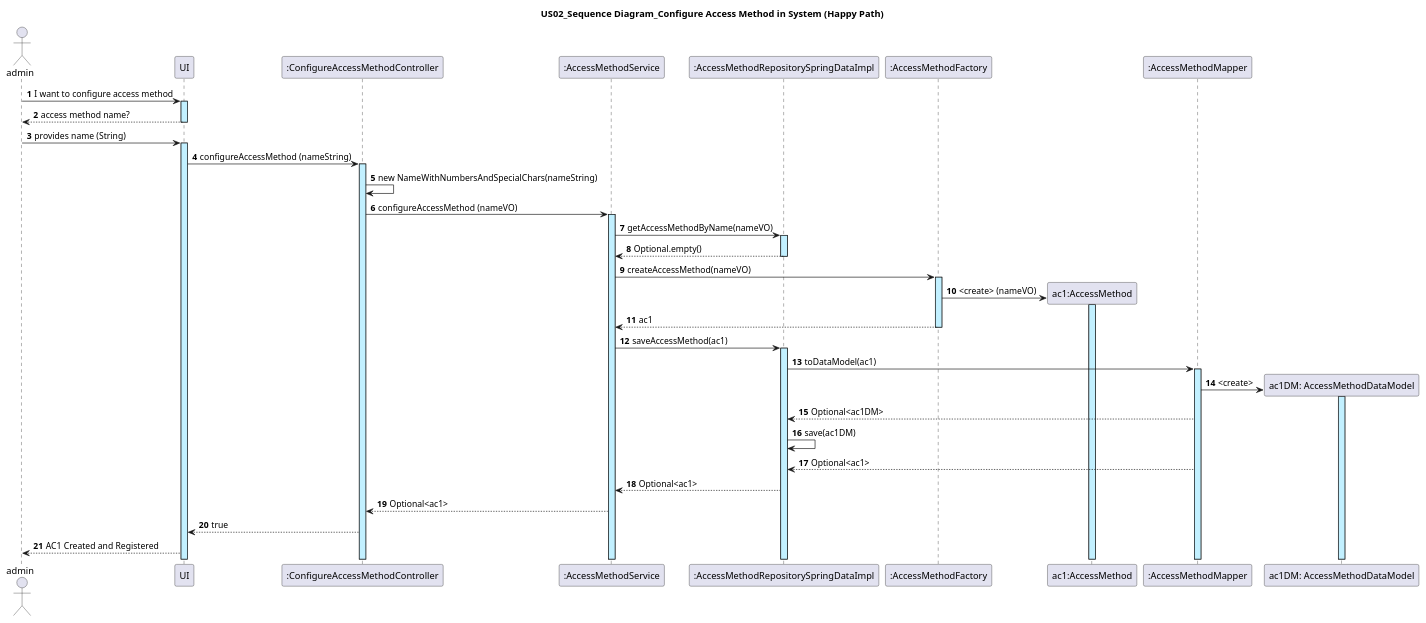
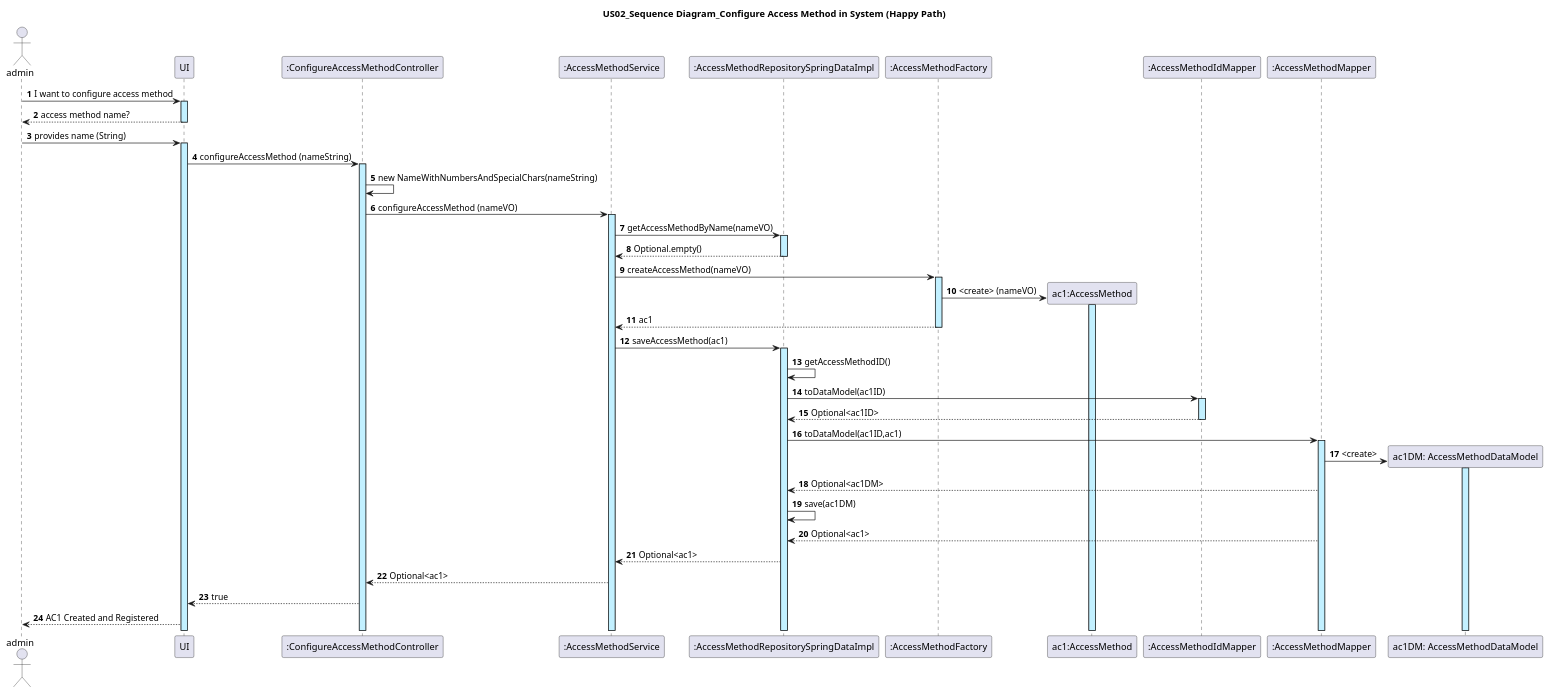
The diagram in docs/US02/US02_ConfigureAccessMethod_JPA_SequenceDiagram.puml (GasparISEP/DevOps-PAI), drawn with PlantUML before and after one commit.

Commit message:
Update US02 JPA sequence diagram with ID Mapper to persist ID DataModel and Entity DataModel. refs #299

```diff
--- a/docs/US02/US02_ConfigureAccessMethod_JPA_SequenceDiagram.puml
+++ b/docs/US02/US02_ConfigureAccessMethod_JPA_SequenceDiagram.puml
@@ -1,32 +1,35 @@
 @startuml
 actor admin
 autonumber
 
 title: US02_Sequence Diagram_Configure Access Method in System (Happy Path)
 
 admin -> UI ++ #application : I want to configure access method
 UI --> admin -- : access method name?
 admin -> UI ++ #application :provides name (String)
     UI -> ":ConfigureAccessMethodController" as ConfigureAccessMethodController ++ #application : configureAccessMethod (nameString)
 
 ConfigureAccessMethodController -> ConfigureAccessMethodController: new NameWithNumbersAndSpecialChars(nameString)
 
 ConfigureAccessMethodController -> ":AccessMethodService" ++ #application : configureAccessMethod (nameVO)
 ":AccessMethodService" -> ":AccessMethodRepositorySpringDataImpl" ++ #application:  getAccessMethodByName(nameVO)
 ":AccessMethodRepositorySpringDataImpl" --> ":AccessMethodService" -- #application: Optional.empty()
 ":AccessMethodService" -> ":AccessMethodFactory" as AccessMethodFactory ++ #application: createAccessMethod(nameVO)
 create "ac1:AccessMethod" as AccessMethod
 AccessMethodFactory -> AccessMethod  ++ #application  : <create> (nameVO)
 AccessMethodFactory --> ":AccessMethodService" -- : ac1
 ":AccessMethodService" -> ":AccessMethodRepositorySpringDataImpl" ++ #application: saveAccessMethod(ac1)
-":AccessMethodRepositorySpringDataImpl" -> ":AccessMethodMapper" ++ #application: toDataModel(ac1)
+":AccessMethodRepositorySpringDataImpl" -> ":AccessMethodRepositorySpringDataImpl": getAccessMethodID()
+":AccessMethodRepositorySpringDataImpl" -> ":AccessMethodIdMapper" ++ #application: toDataModel(ac1ID)
+":AccessMethodIdMapper" --> ":AccessMethodRepositorySpringDataImpl" --: Optional<ac1ID>
+":AccessMethodRepositorySpringDataImpl" -> ":AccessMethodMapper" ++ #application: toDataModel(ac1ID,ac1)
 create "ac1DM: AccessMethodDataModel" as AccessMethodDataModel
 ":AccessMethodMapper" -> AccessMethodDataModel ++ #application: <create>
 ":AccessMethodMapper" --> ":AccessMethodRepositorySpringDataImpl": Optional<ac1DM>
 ":AccessMethodRepositorySpringDataImpl" -> ":AccessMethodRepositorySpringDataImpl": save(ac1DM)
 ":AccessMethodMapper" --> ":AccessMethodRepositorySpringDataImpl": Optional<ac1>
 ":AccessMethodRepositorySpringDataImpl" --> ":AccessMethodService": Optional<ac1>
 ":AccessMethodService" --> ConfigureAccessMethodController: Optional<ac1>
 ConfigureAccessMethodController --> UI: true
 UI --> admin: AC1 Created and Registered
 @enduml
```
